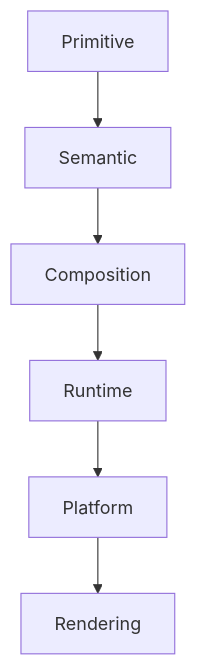
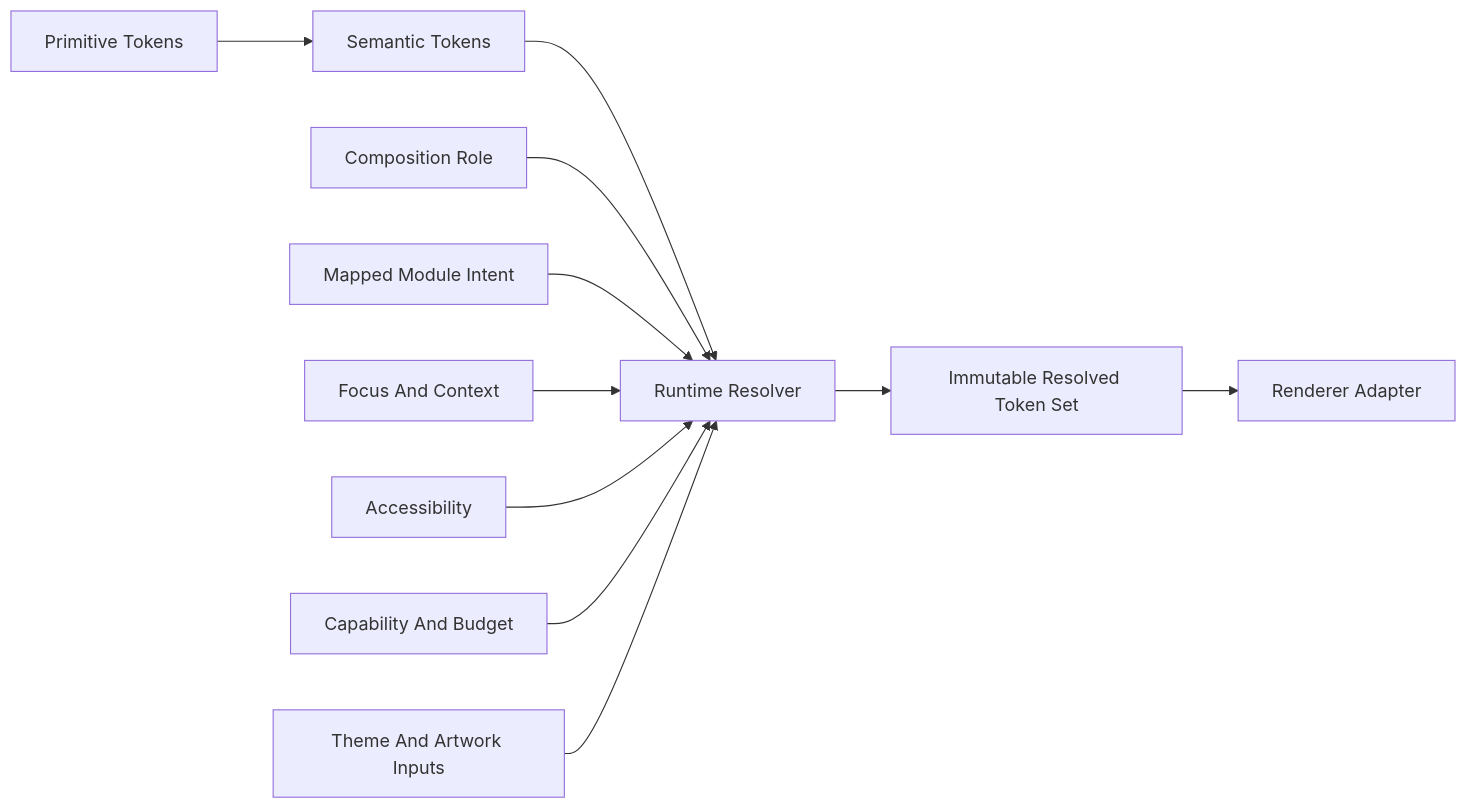
Before and after one commit to mosaic-media/architecture: the diagram in docs/design/system/mds-001-design-token-architecture/07-token-resolution.md, drawn with Mermaid. The commit also changed other lines of this file and 19 other files, not shown here.

Commit message:
docs(mds-001): simplify token resolution architecture

````diff
--- a/docs/design/system/mds-001-design-token-architecture/07-token-resolution.md
+++ b/docs/design/system/mds-001-design-token-architecture/07-token-resolution.md
@@ -87,16 +32,14 @@
 ```mermaid
-flowchart TD
+flowchart LR
 
-N1["Primitive"]
-N2["Semantic"]
-N3["Composition"]
-N4["Runtime"]
-N5["Platform"]
-N6["Rendering"]
-
-N1 --> N2
-N2 --> N3
-N3 --> N4
-N4 --> N5
-N5 --> N6
+P["Primitive Tokens"] --> S["Semantic Tokens"]
+S --> R["Runtime Resolver"]
+C["Composition Role"] --> R
+M["Mapped Module Intent"] --> R
+F["Focus And Context"] --> R
+A["Accessibility"] --> R
+B["Capability And Budget"] --> R
+T["Theme And Artwork Inputs"] --> R
+R --> O["Immutable Resolved Token Set"]
+O --> X["Renderer Adapter"]
 ```
````
